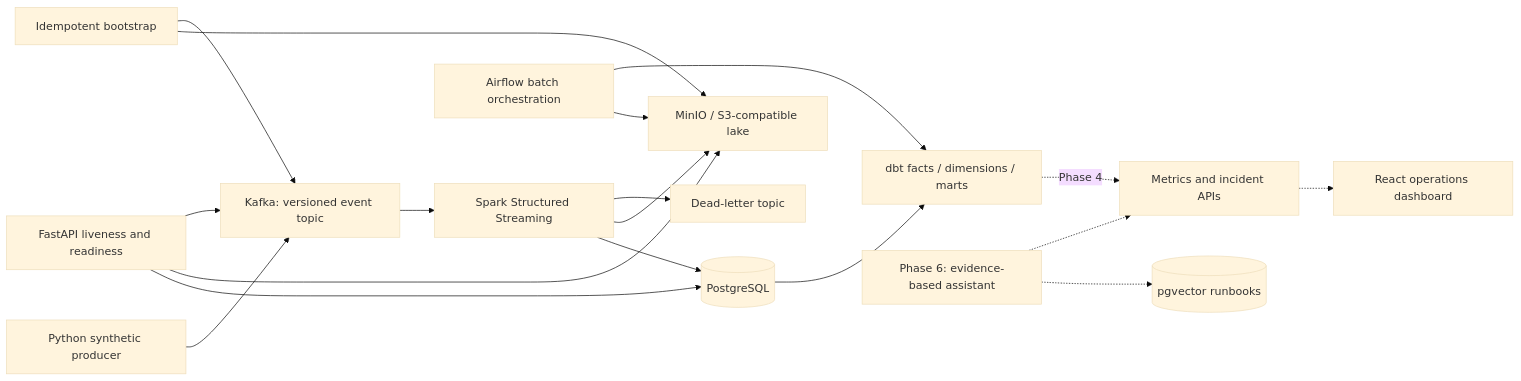
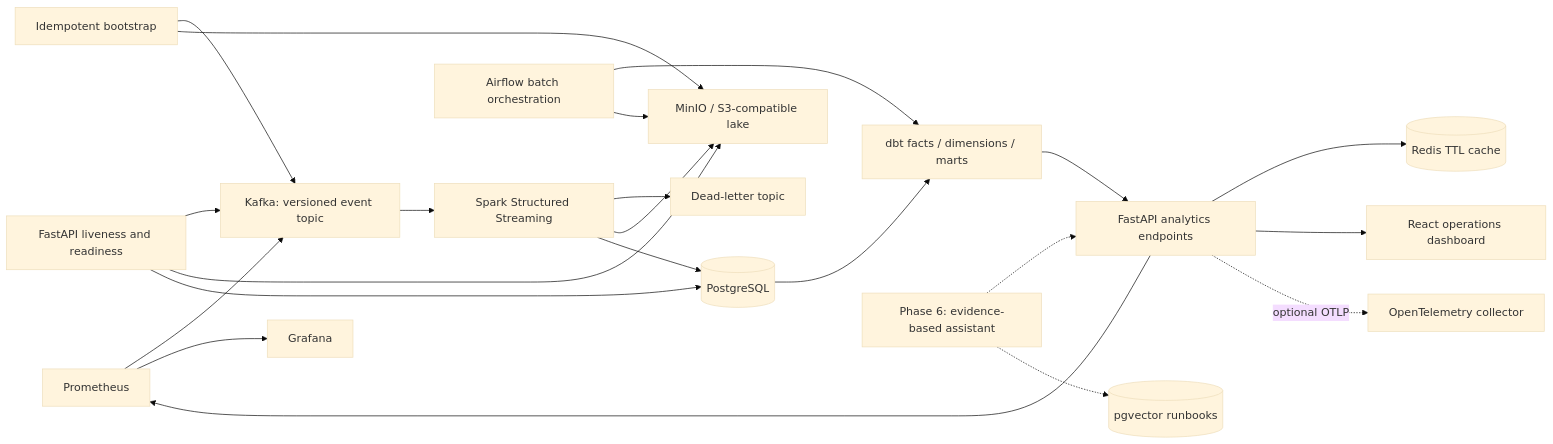
One commit to kanishk-sc/pulseforge changed the diagram in README.md. Above: the diagram before and after it, drawn with Mermaid (base theme). The commit also changed other lines of this file and 10 other files, not shown here.

````diff
--- a/README.md
+++ b/README.md
@@ -33,20 +38,24 @@
 ```mermaid
 flowchart LR
     P[Python synthetic producer] --> K[Kafka: versioned event topic]
     B[Idempotent bootstrap] --> K
     B --> L[MinIO / S3-compatible lake]
     A[FastAPI liveness and readiness] --> K
     A --> L
     A --> W[(PostgreSQL)]
     K --> S[Spark Structured Streaming]
     S --> D[Dead-letter topic]
     S --> L
     S --> W
     W --> DBT[dbt facts / dimensions / marts]
     AF[Airflow batch orchestration] --> DBT
     AF --> L
-    DBT -. Phase 4 .-> API[Metrics and incident APIs]
-    API -.-> UI[React operations dashboard]
+    DBT --> API[FastAPI analytics endpoints]
+    API --> R[(Redis TTL cache)]
+    API --> UI[React operations dashboard]
+    API --> P[Prometheus]
+    P --> G[Grafana]
+    API -. optional OTLP .-> O[OpenTelemetry collector]
     RAG[Phase 6: evidence-based assistant] -.-> API
     RAG -.-> V[(pgvector runbooks)]
 ```
````
